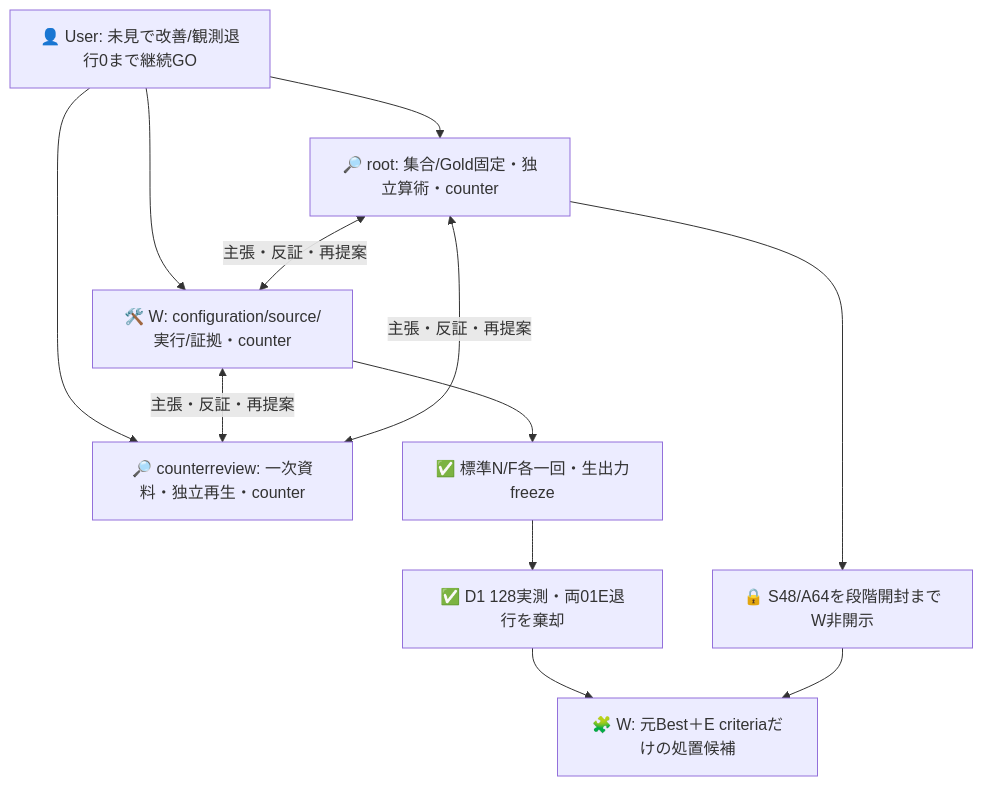
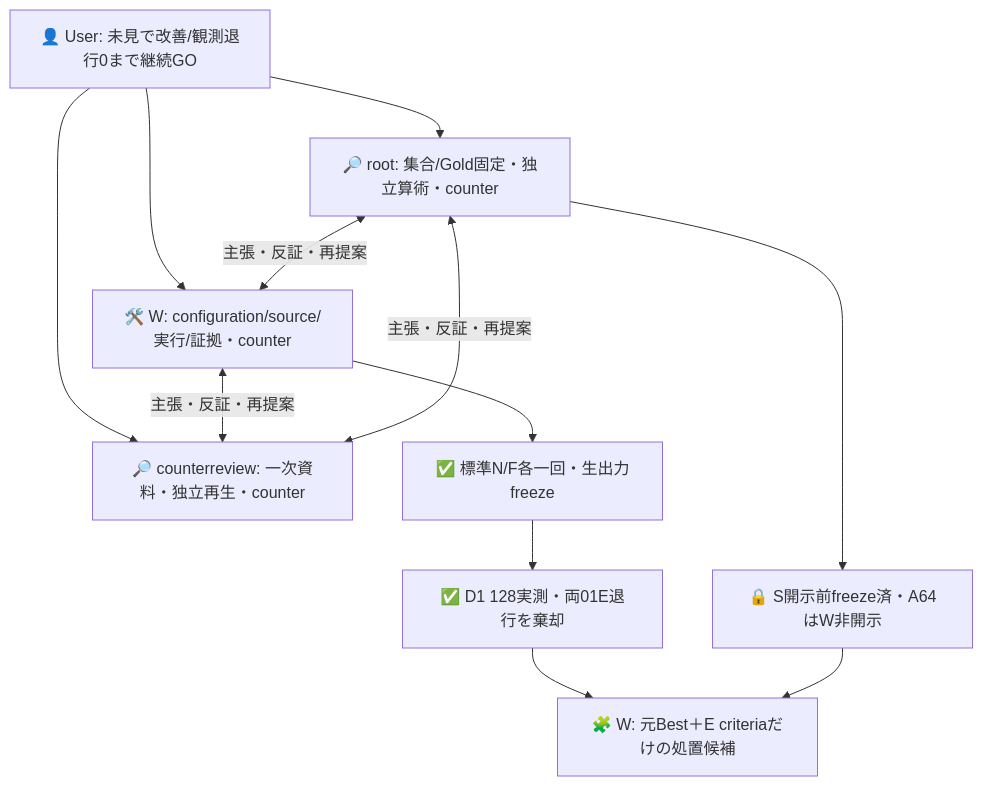
One commit to roccho-org/ops changed the first of 2 diagrams in experiments/sys1-eval-loop/regression/README.md. Above: the diagram before and after it, drawn with Mermaid. The commit also changed other lines of this file and 14 other files, not shown here.

````diff
--- a/experiments/sys1-eval-loop/regression/README.md
+++ b/experiments/sys1-eval-loop/regression/README.md
@@ -41,14 +45,14 @@
 ```mermaid
 flowchart TB
   U["👤 User: 未見で改善/観測退行0まで継続GO"] --> R["🔎 root: 集合/Gold固定・独立算術・counter"]
   U --> W["🛠️ W: configuration/source/実行/証拠・counter"]
   U --> C["🔎 counterreview: 一次資料・独立再生・counter"]
   R <-->|主張・反証・再提案| W
   W <-->|主張・反証・再提案| C
   C <-->|主張・反証・再提案| R
-  R --> K["🔒 S48/A64を段階開封までW非開示"]
+  R --> K["🔒 S開示前freeze済・A64はW非開示"]
   W --> B["✅ 標準N/F各一回・生出力freeze"]
   B --> D["✅ D1 128実測・両01E退行を棄却"]
   D --> P["🧩 W: 元Best＋E criteriaだけの処置候補"]
   K --> P
 ```
````
